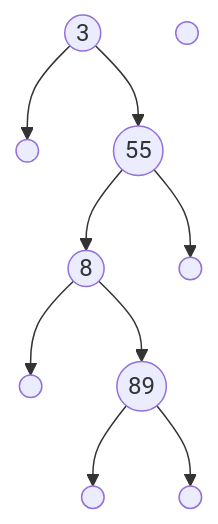
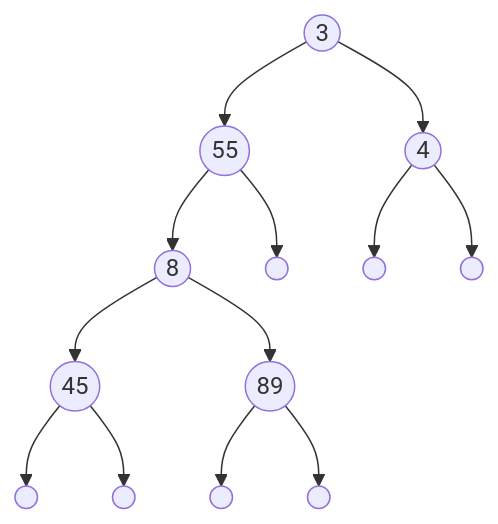
Before and after one commit to boddaert/nsi: the fourth of 6 diagrams in terminale/Structures_arborescentes_de_données/Arbres_binaires.md, drawn with Mermaid. The commit also changed other lines of this file, not shown here.

````diff
--- a/terminale/Structures_arborescentes_de_données/Arbres_binaires.md
+++ b/terminale/Structures_arborescentes_de_données/Arbres_binaires.md
@@ -121,21 +121,28 @@
 ```mermaid
 flowchart TB
     A((3))
-    B((" "))
+    B((4))
     C((55))
-    D((" "))
-    E((" "))
+    D((45))
     F((8))
     G((" "))
     H((89))
     I((" "))
     J((" "))
+    K((" "))
+    L((" "))
+    M((" "))
+    N((" "))
     A --> B
     A --> C
+    B --> K
+    B --> L
     C --> F
     C --> G
     F --> D
+    D --> M
+    D --> N
     F --> H
     H --> I
     H --> J
 ```
````
